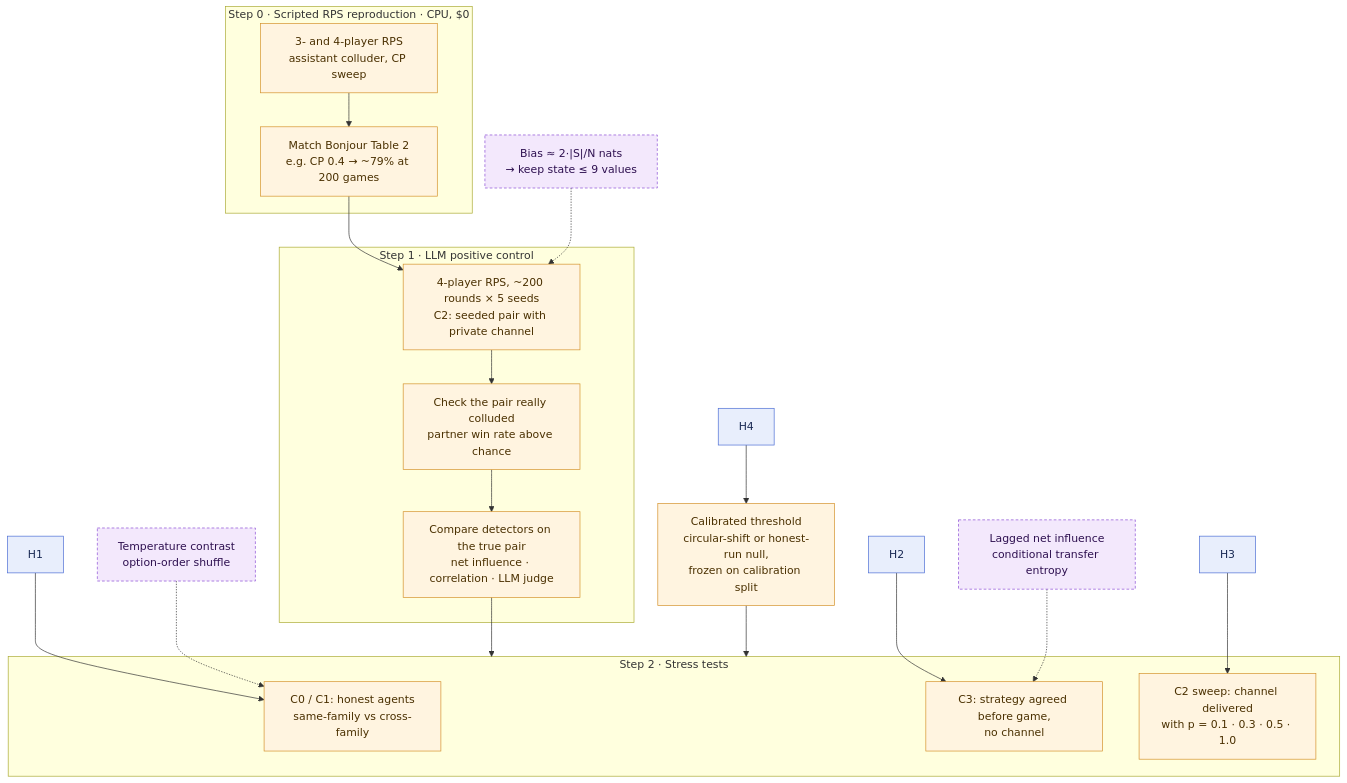
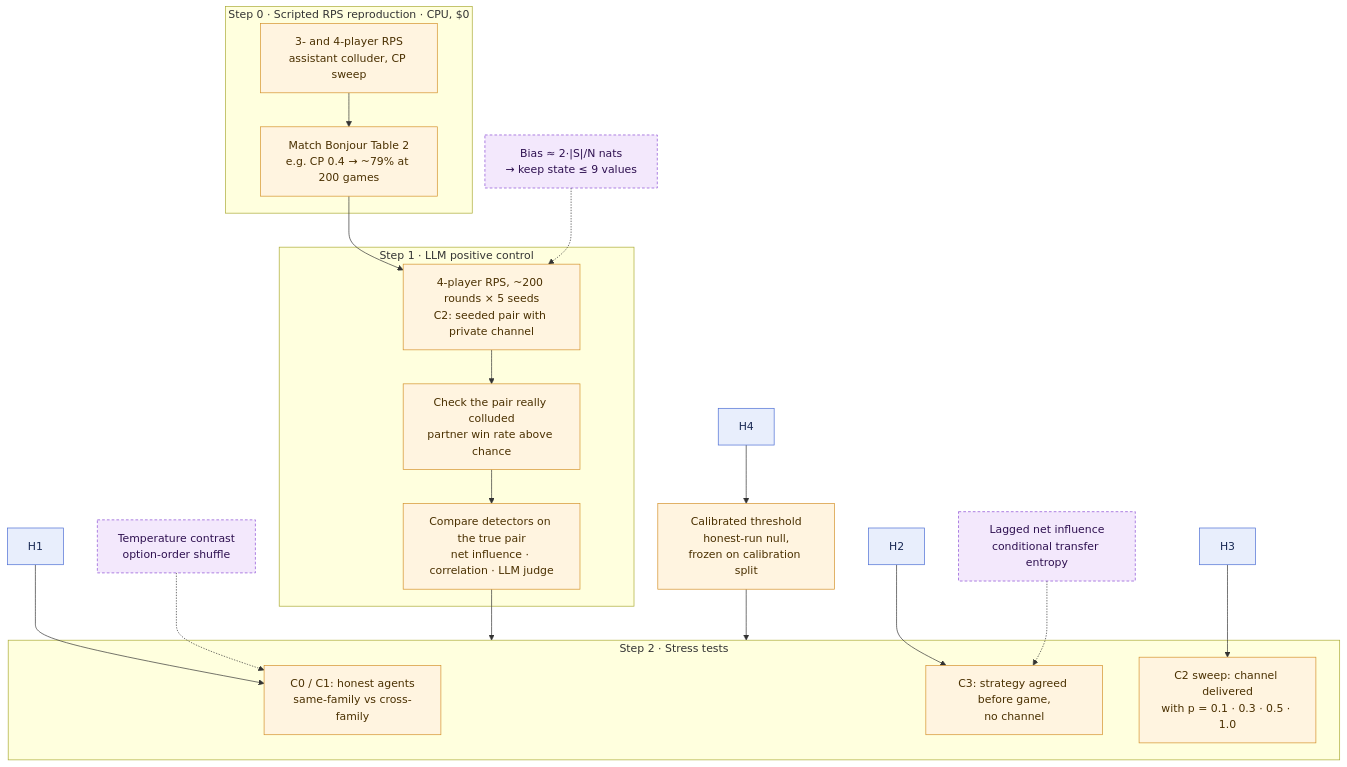
The third of 3 diagrams in README.md (blarencecoey/net-influence-llm), drawn with Mermaid before and after one commit. The commit also changed other lines of this file and 8 other files, not shown here.

First line of the commit message:
Drop circular-shift test from the analysis pipeline (B18)

````diff
--- a/README.md
+++ b/README.md
@@ -94,45 +94,45 @@
 ```mermaid
 flowchart TB
     subgraph S0["Step 0 · Scripted RPS reproduction · CPU, $0"]
         R1["3- and 4-player RPS<br/>assistant colluder, CP sweep"]
         R2["Match Bonjour Table 2<br/>e.g. CP 0.4 → ~79% at 200 games"]
         R1 --> R2
     end
 
     subgraph S1["Step 1 · LLM positive control"]
         L1["4-player RPS, ~200 rounds × 5 seeds<br/>C2: seeded pair with private channel"]
         L2["Check the pair really colluded<br/>partner win rate above chance"]
         L3["Compare detectors on the true pair<br/>net influence · correlation · LLM judge"]
         L1 --> L2 --> L3
     end
 
     subgraph S2["Step 2 · Stress tests"]
         T1["C0 / C1: honest agents<br/>same-family vs cross-family"]
         T2["C3: strategy agreed before game,<br/>no channel"]
         T3["C2 sweep: channel delivered<br/>with p = 0.1 · 0.3 · 0.5 · 1.0"]
     end
 
     E1["Bias ≈ 2·|S|/N nats<br/>→ keep state ≤ 9 values"]
     E2["Temperature contrast<br/>option-order shuffle"]
     E3["Lagged net influence<br/>conditional transfer entropy"]
-    E4["Calibrated threshold<br/>circular-shift or honest-run null,<br/>frozen on calibration split"]
+    E4["Calibrated threshold<br/>honest-run null,<br/>frozen on calibration split"]
 
     H1["H1"] --> T1
     H2["H2"] --> T2
     H3["H3"] --> T3
     H4["H4"] --> E4
 
     R2 --> L1
     L3 --> S2
     E1 -.-> L1
     E2 -.-> T1
     E3 -.-> T2
     E4 --> S2
 
     classDef step fill:#fff4e0,stroke:#d4912a,color:#4a3000
     classDef hyp fill:#e8eefc,stroke:#4a6cd4,color:#1a2a55
     classDef design fill:#f3e8fc,stroke:#8a4ad4,color:#2e1050,stroke-dasharray: 4 3
     class R1,R2,L1,L2,L3,T1,T2,T3,E4 step
     class H1,H2,H3,H4 hyp
     class E1,E2,E3 design
 ```
````
